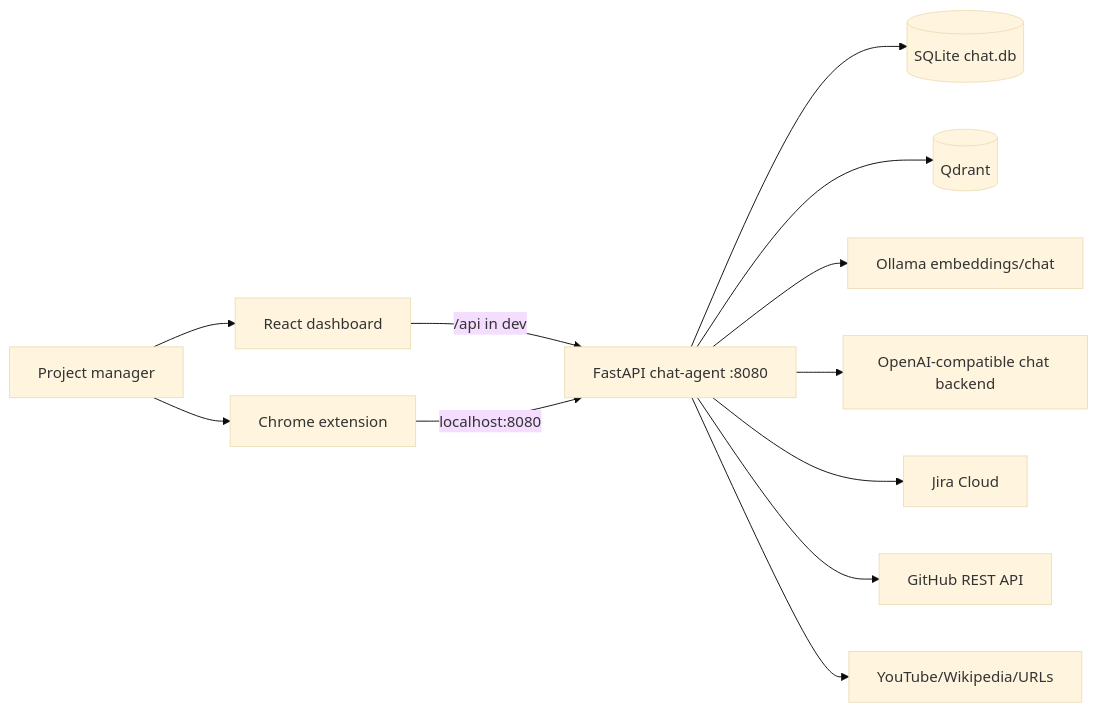
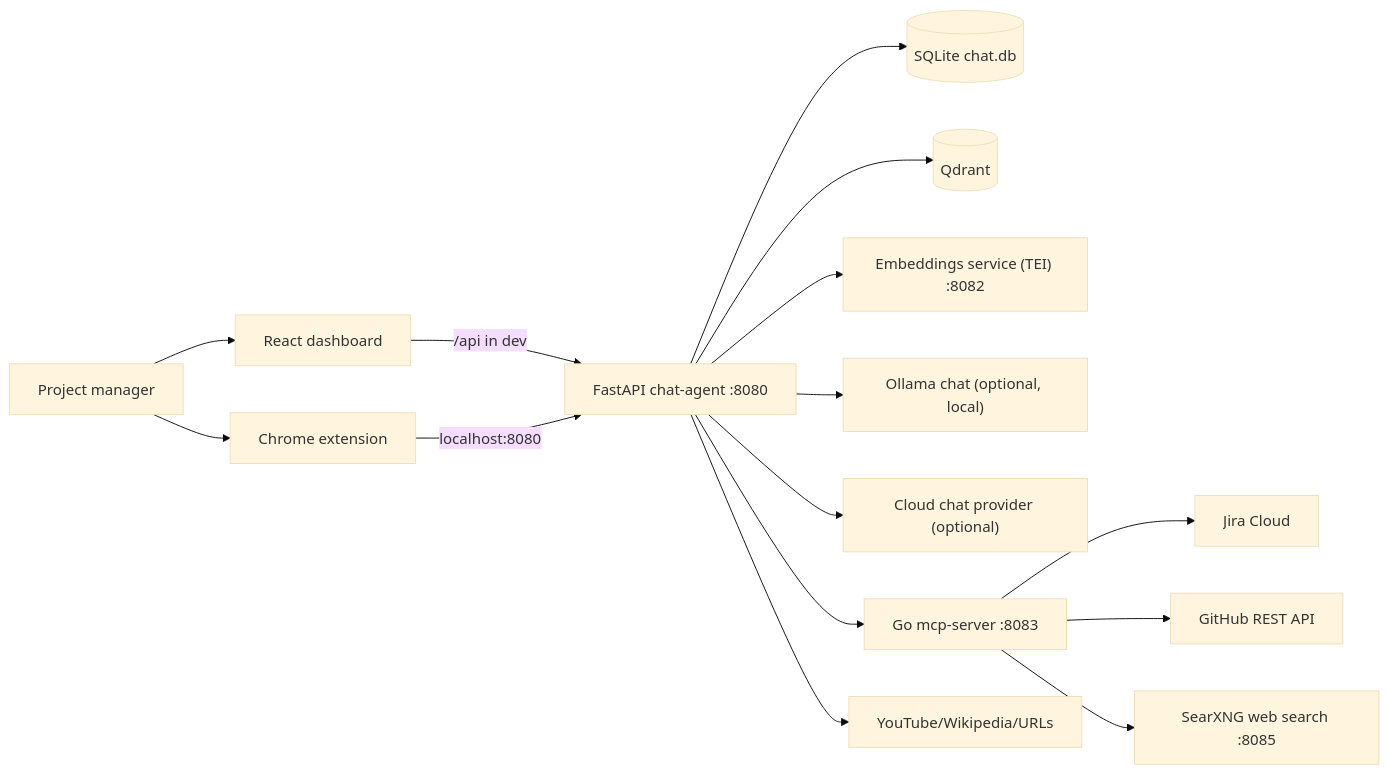
One commit to nazim117/Research-Agent changed the first of 5 diagrams in README.md. Above: the diagram before and after it, drawn with Mermaid (base theme). The commit also changed other lines of this file and 13 other files, not shown here.

````diff
--- a/README.md
+++ b/README.md
@@ -29,16 +34,19 @@
 ```mermaid
 flowchart LR
   User["Project manager"] --> Dashboard["React dashboard"]
   User --> Extension["Chrome extension"]
 
   Dashboard -->|/api in dev| ChatAgent["FastAPI chat-agent :8080"]
   Extension -->|localhost:8080| ChatAgent
 
   ChatAgent --> SQLite[("SQLite chat.db")]
   ChatAgent --> Qdrant[("Qdrant")]
-  ChatAgent --> Ollama["Ollama embeddings/chat"]
-  ChatAgent --> LLM["OpenAI-compatible chat backend"]
-  ChatAgent --> Jira["Jira Cloud"]
-  ChatAgent --> GitHub["GitHub REST API"]
+  ChatAgent --> Embeddings["Embeddings service (TEI) :8082"]
+  ChatAgent --> Ollama["Ollama chat (optional, local)"]
+  ChatAgent --> LLM["Cloud chat provider (optional)"]
+  ChatAgent --> MCP["Go mcp-server :8083"]
+  MCP --> Jira["Jira Cloud"]
+  MCP --> GitHub["GitHub REST API"]
+  MCP --> SearXNG["SearXNG web search :8085"]
   ChatAgent --> Web["YouTube/Wikipedia/URLs"]
 ```
````
